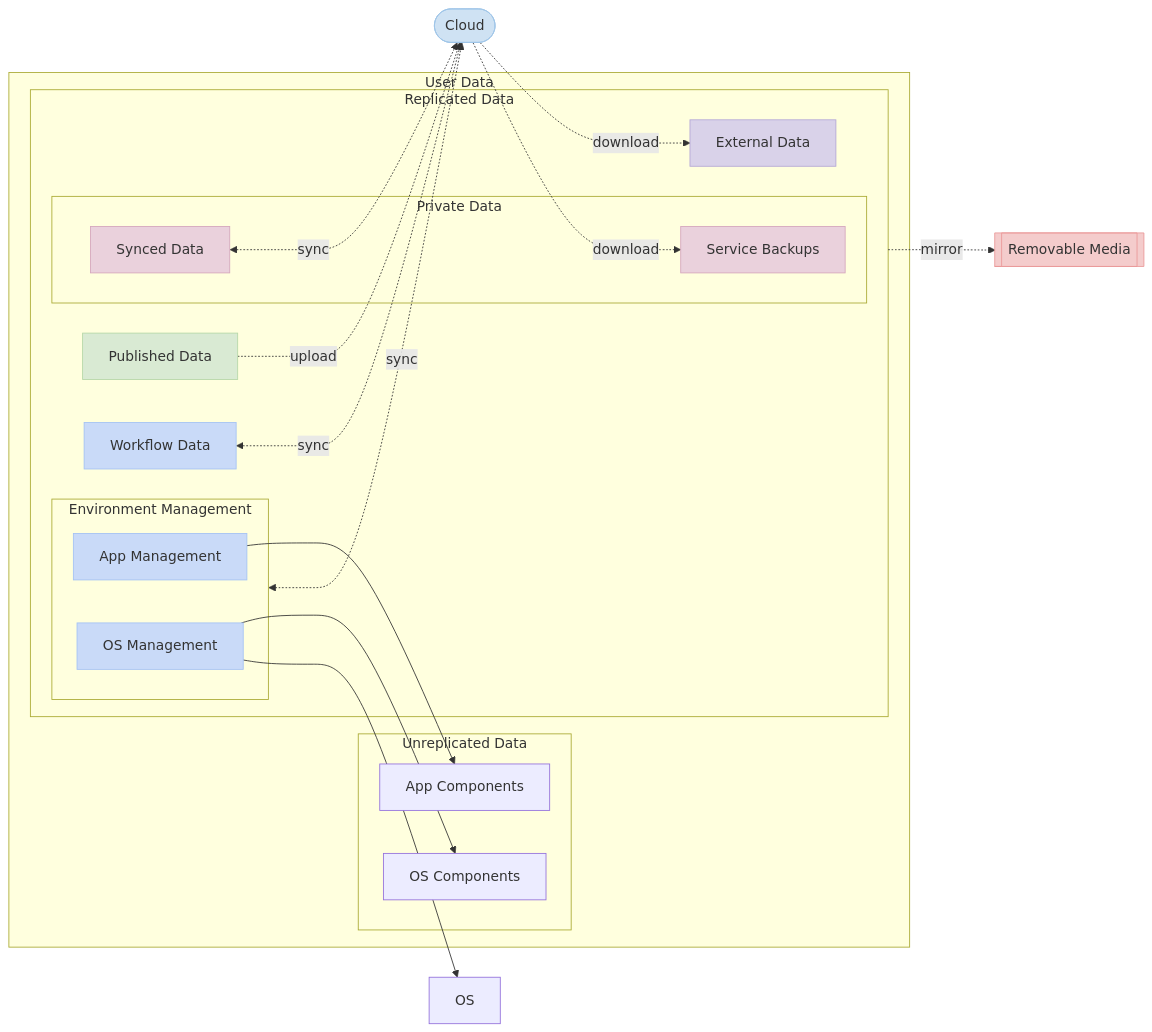
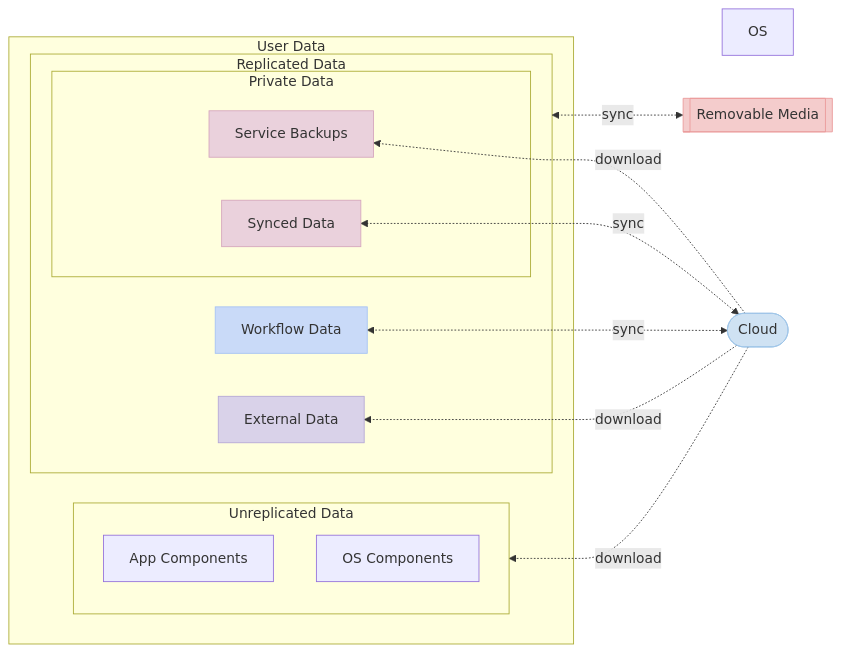
The first of 4 diagrams in pcm.md (konskarz/wam), drawn with Mermaid before and after one commit. The commit also changed other lines of this file, not shown here.

````diff
--- a/pcm.md
+++ b/pcm.md
@@ -5,49 +17,35 @@
 ```mermaid
-graph LR
-  os[OS]
+graph RL
   subgraph data[User Data]
     subgraph depot[Unreplicated Data]
       apps[App Components]
       sys[OS Components]
     end
     subgraph docs[Replicated Data]
-      subgraph env[Environment Management]
-        wam[App Management]
-        wpt[OS Management]
-      end
       subgraph prv[Private Data]
         bak[Service Backups]
         share[Synced Data]
       end
-      pub[Published Data]
       wf[Workflow Data]
       lib[External Data]
     end
   end
+  os[OS]
   cloud([Cloud])
   removable[[Removable Media]]
 
-  docs -.->|mirror| removable
-  pub -.->|upload| cloud
-  cloud -.->|download| bak & lib
-  env & wf & share <-.->|sync| cloud
-  wam --> apps
-  wpt --> sys & os
+  removable <-.->|sync| docs
+  cloud <-.->|sync| share & wf
+  cloud -.->|download| depot & bak & lib
 
-  classDef finalized fill:#d9ead3,stroke:#b6d7a8,color:#333;
+  classDef private fill:#ead1dc,stroke:#d5a6bd,color:#333;
   classDef current fill:#c9daf8,stroke:#a4c2f4,color:#333;
   classDef external fill:#d9d2e9,stroke:#b4a7d6,color:#333;
-  classDef private fill:#ead1dc,stroke:#d5a6bd,color:#333;
   classDef service fill:#cfe2f3,stroke:#9fc5e8,color:#333;
   classDef device fill:#f4cccc,stroke:#ea9999,color:#333;
-
-  class pub finalized
-  class wam,wpt,wf current
   class bak,share private
+  class wf current
   class lib external
   class cloud service
   class removable device
-
-  click wam "https://github.com/konskarz/wam"
-  click wpt "https://github.com/konskarz/wpt"
 ```
````
